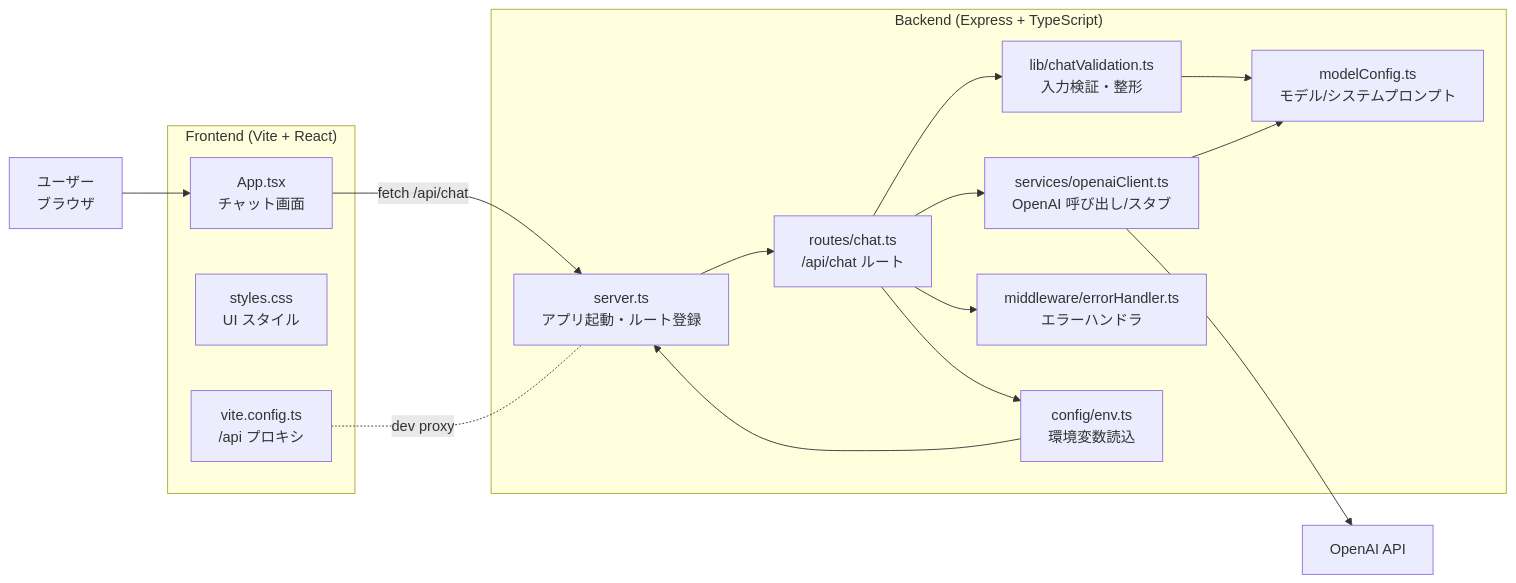
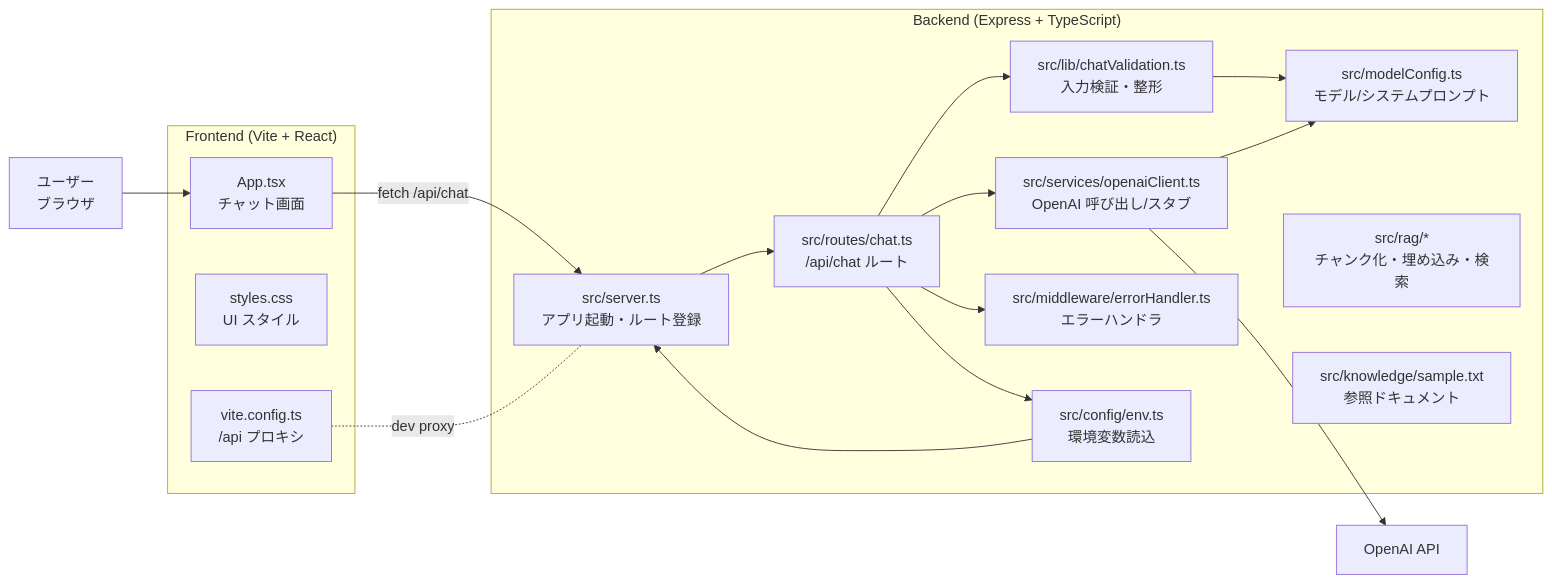
One commit to akihiro4321/llm-playground changed the diagram in README.md. Above: the diagram before and after it, drawn with Mermaid. The commit also changed other lines of this file and 15 other files, not shown here.

````diff
--- a/README.md
+++ b/README.md
@@ -55,34 +57,36 @@
 ```mermaid
 flowchart LR
   subgraph Frontend["Frontend (Vite + React)"]
     UI["App.tsx<br/>チャット画面"]
     Styles["styles.css<br/>UI スタイル"]
     ConfigFE["vite.config.ts<br/>/api プロキシ"]
   end
 
   subgraph Backend["Backend (Express + TypeScript)"]
-    Server["server.ts<br/>アプリ起動・ルート登録"]
-    Routes["routes/chat.ts<br/>/api/chat ルート"]
-    Validation["lib/chatValidation.ts<br/>入力検証・整形"]
-    OpenAI["services/openaiClient.ts<br/>OpenAI 呼び出し/スタブ"]
-    Env["config/env.ts<br/>環境変数読込"]
-    ErrorMW["middleware/errorHandler.ts<br/>エラーハンドラ"]
-    ModelCfg["modelConfig.ts<br/>モデル/システムプロンプト"]
+    Server["src/server.ts<br/>アプリ起動・ルート登録"]
+    Routes["src/routes/chat.ts<br/>/api/chat ルート"]
+    Validation["src/lib/chatValidation.ts<br/>入力検証・整形"]
+    OpenAI["src/services/openaiClient.ts<br/>OpenAI 呼び出し/スタブ"]
+    Env["src/config/env.ts<br/>環境変数読込"]
+    ErrorMW["src/middleware/errorHandler.ts<br/>エラーハンドラ"]
+    ModelCfg["src/modelConfig.ts<br/>モデル/システムプロンプト"]
+    RAG["src/rag/*<br/>チャンク化・埋め込み・検索"]
+    Knowledge["src/knowledge/sample.txt<br/>参照ドキュメント"]
   end
 
   User["ユーザー<br/>ブラウザ"]
   OpenAISDK["OpenAI API"]
 
   User --> UI
   UI -- fetch /api/chat --> Server
   ConfigFE -. dev proxy .- Server
   Server --> Routes
   Routes --> Validation
   Routes --> OpenAI
   Routes --> ErrorMW
   Validation --> ModelCfg
   OpenAI --> ModelCfg
   Env --> Server
   Routes --> Env
   OpenAI --> OpenAISDK
 ```
````
